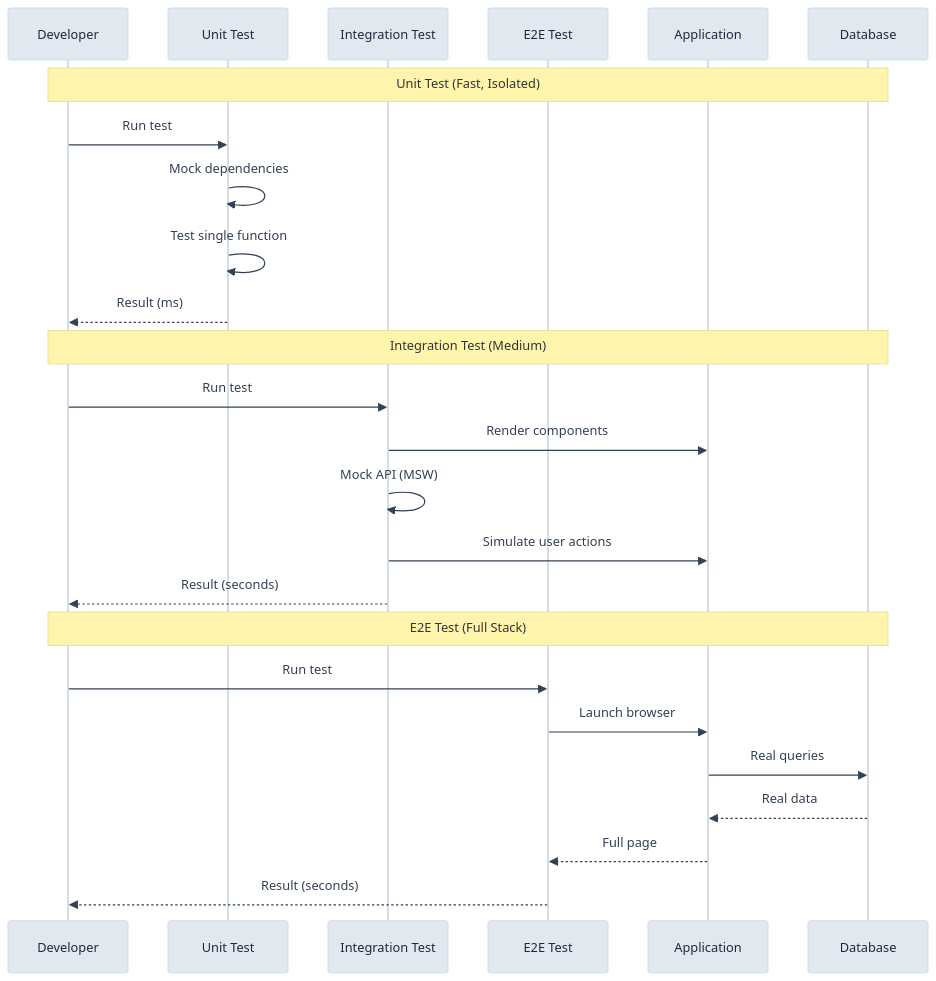
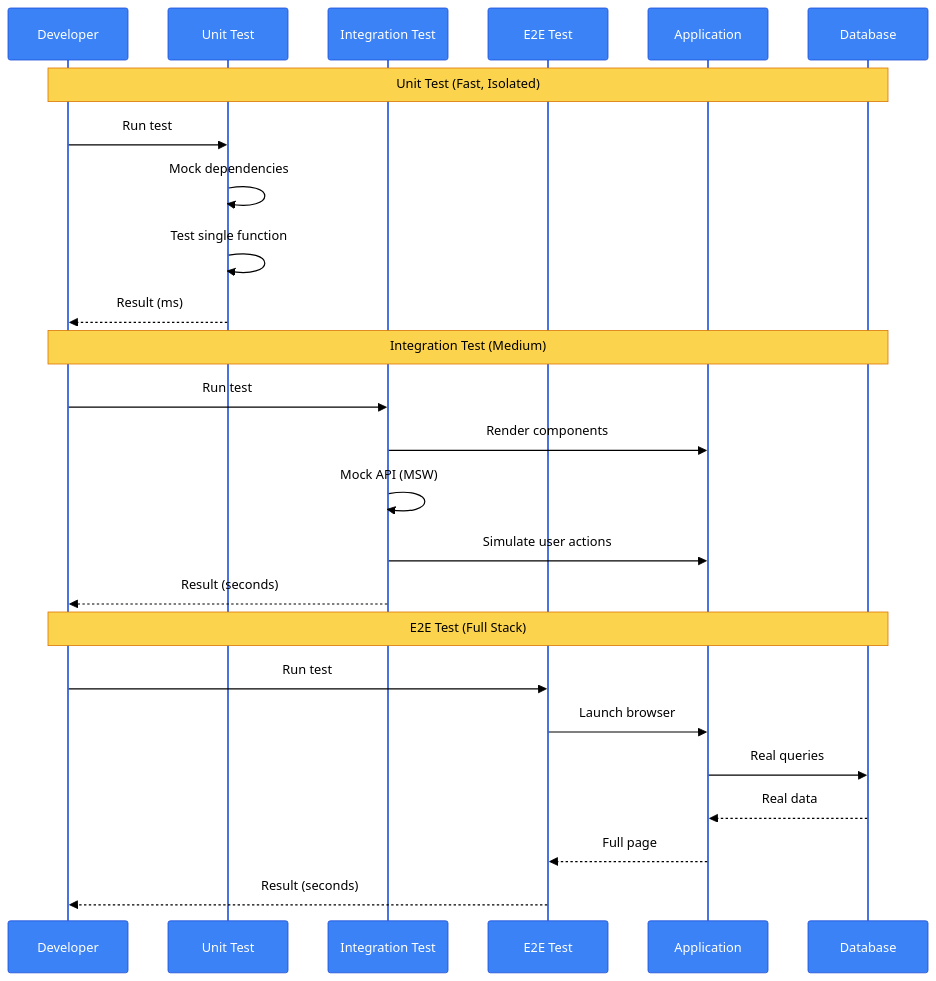
One commit to 3DHDSoft/devmultiplier-academy changed the fourth of 6 diagrams in doc/testing-strategy-nextjs.md. Above: the diagram before and after it, drawn with Mermaid. The commit also changed other lines of this file and 17 other files, not shown here.

````diff
--- a/doc/testing-strategy-nextjs.md
+++ b/doc/testing-strategy-nextjs.md
@@ -436,40 +473,49 @@
 ```mermaid
 %%{init: {'theme': 'base', 'themeVariables': {
-  'primaryColor': '#e2e8f0',
-  'primaryTextColor': '#1e293b',
-  'primaryBorderColor': '#cbd5e1',
-  'lineColor': '#94a3b8',
-  'secondaryColor': '#f1f5f9',
-  'tertiaryColor': '#f8fafc',
+  'primaryColor': '#3b82f6',
+  'primaryTextColor': '#000000',
+  'primaryBorderColor': '#1d4ed8',
+  'lineColor': '#000000',
+  'actorBkg': '#3b82f6',
+  'actorBorder': '#1d4ed8',
+  'actorTextColor': '#ffffff',
+  'signalColor': '#000000',
+  'signalTextColor': '#000000',
+  'noteBkgColor': '#fcd34d',
+  'noteTextColor': '#000000',
+  'noteBorderColor': '#d97706',
+  'activationBkgColor': '#86efac',
+  'activationBorderColor': '#16a34a',
   'background': '#ffffff',
-  'textColor': '#334155',
+  'textColor': '#000000',
   'fontFamily': 'system-ui, -apple-system, sans-serif'
-}}}%%sequenceDiagram
+}}}%%
+sequenceDiagram
     participant Dev as Developer
     participant Unit as Unit Test
     participant Int as Integration Test
     participant E2E as E2E Test
     participant App as Application
     participant DB as Database
 
     Note over Dev,DB: Unit Test (Fast, Isolated)
     Dev->>Unit: Run test
     Unit->>Unit: Mock dependencies
     Unit->>Unit: Test single function
     Unit-->>Dev: Result (ms)
 
     Note over Dev,DB: Integration Test (Medium)
     Dev->>Int: Run test
     Int->>App: Render components
     Int->>Int: Mock API (MSW)
     Int->>App: Simulate user actions
     Int-->>Dev: Result (seconds)
 
     Note over Dev,DB: E2E Test (Full Stack)
     Dev->>E2E: Run test
     E2E->>App: Launch browser
     App->>DB: Real queries
     DB-->>App: Real data
     App-->>E2E: Full page
     E2E-->>Dev: Result (seconds)
 ```
````
